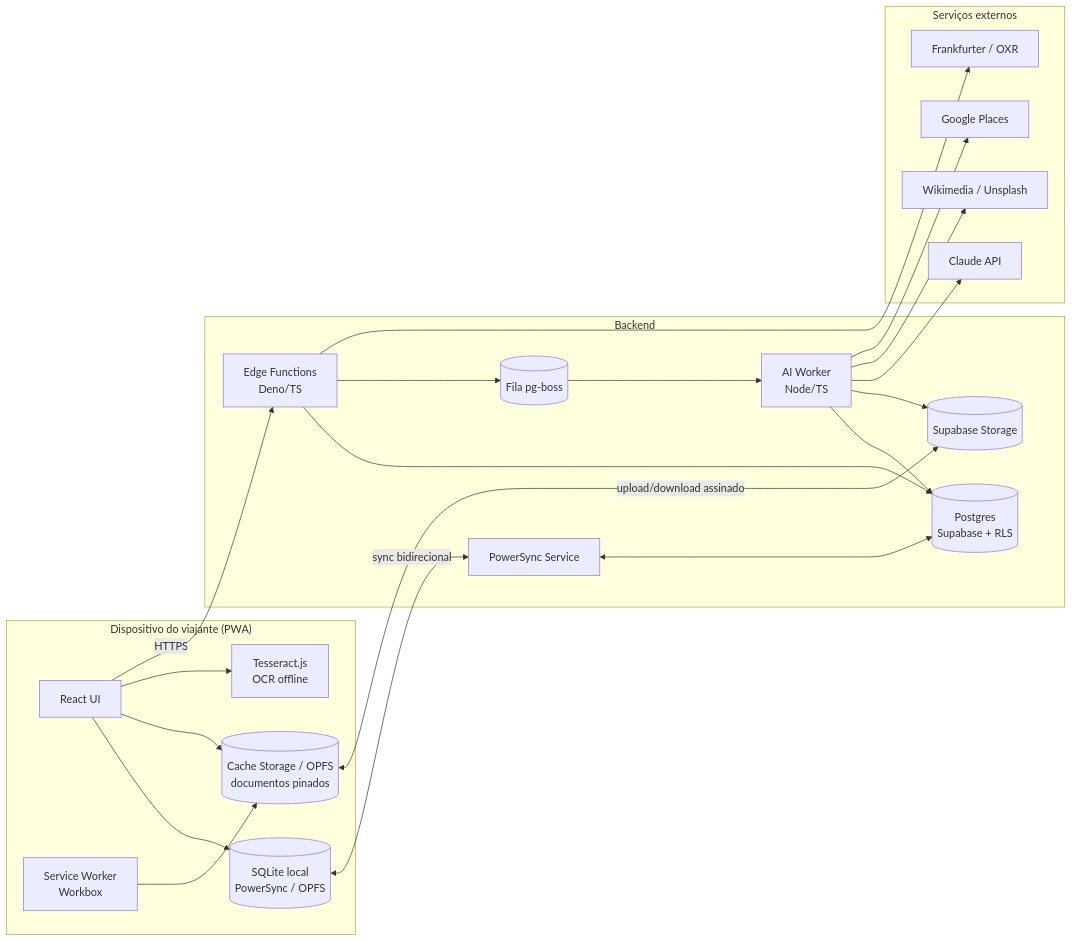
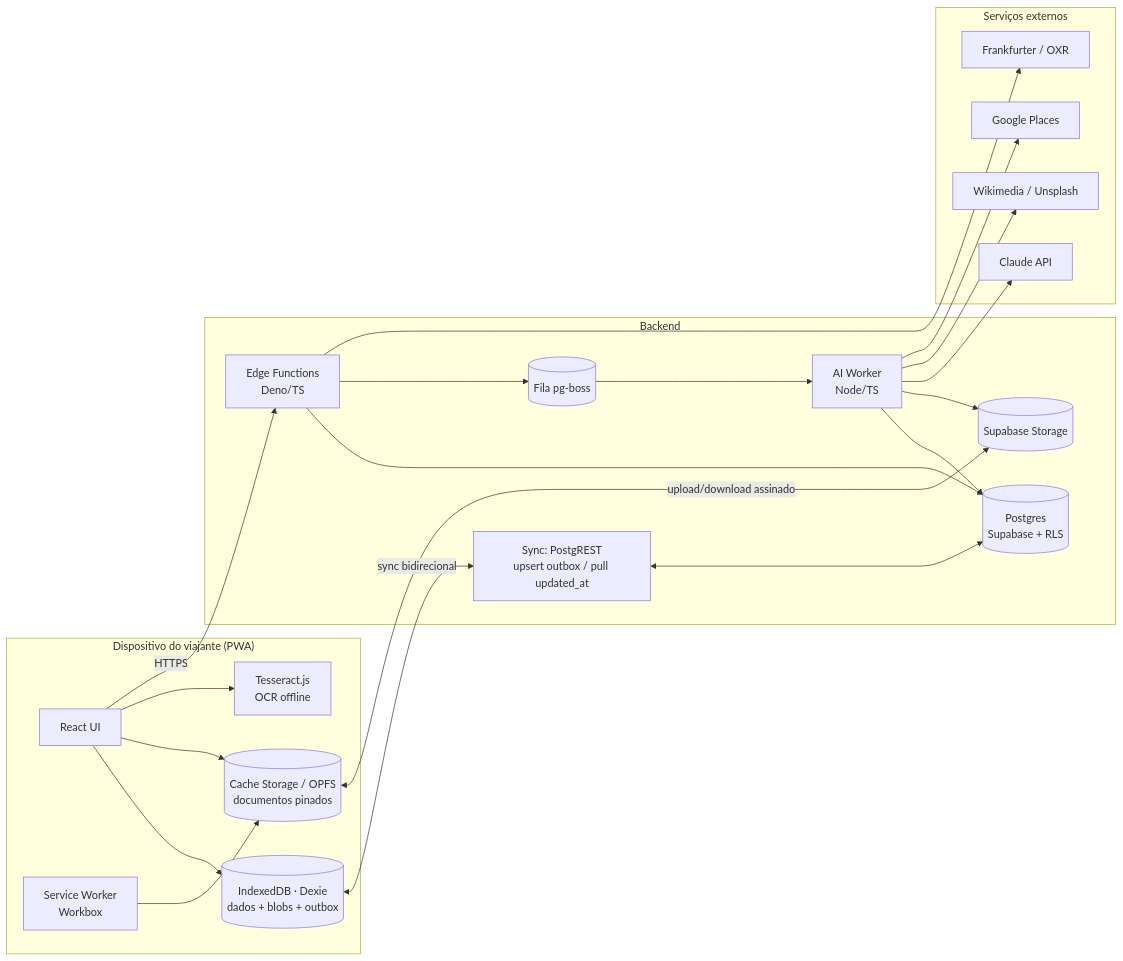
The first of 2 diagrams in docs/01-arquitetura.md (lengruberlobosco/turism), drawn with Mermaid before and after one commit. The commit also changed other lines of this file and 90 other files, not shown here.

````diff
--- a/docs/01-arquitetura.md
+++ b/docs/01-arquitetura.md
@@ -27,44 +27,44 @@
 ```mermaid
 flowchart LR
   subgraph Device["Dispositivo do viajante (PWA)"]
     UI[React UI]
     SW[Service Worker<br/>Workbox]
-    SQL[(SQLite local<br/>PowerSync / OPFS)]
+    SQL[(IndexedDB · Dexie<br/>dados + blobs + outbox)]
     FILES[(Cache Storage / OPFS<br/>documentos pinados)]
     OCRL[Tesseract.js<br/>OCR offline]
     UI --> SQL
     UI --> FILES
     UI --> OCRL
     SW --> FILES
   end
 
   subgraph Cloud["Backend"]
-    PS[PowerSync Service]
+    PS[Sync: PostgREST<br/>upsert outbox / pull updated_at]
     PG[(Postgres<br/>Supabase + RLS)]
     ST[(Supabase Storage)]
     EF[Edge Functions<br/>Deno/TS]
     Q[(Fila pg-boss)]
     WK[AI Worker<br/>Node/TS]
     PS <--> PG
     EF --> PG
     EF --> Q
     Q --> WK
     WK --> PG
     WK --> ST
   end
 
   subgraph Ext["Serviços externos"]
     CL[Claude API]
     FX[Frankfurter / OXR]
     IMG[Wikimedia / Unsplash]
     POI[Google Places]
   end
 
   SQL <-->|sync bidirecional| PS
   FILES <-->|upload/download assinado| ST
   UI -->|HTTPS| EF
   WK --> CL
   WK --> IMG
   WK --> POI
   EF --> FX
 ```
````
